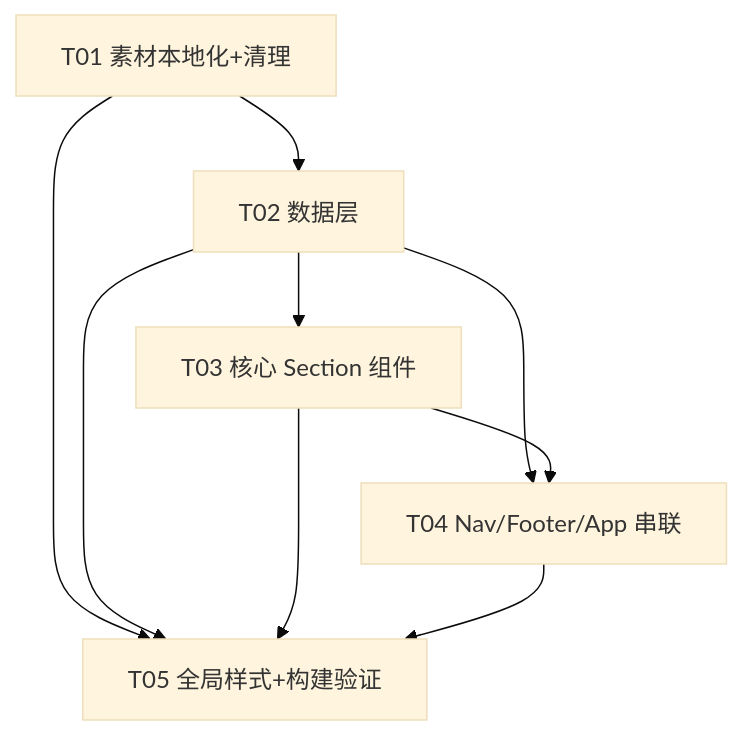
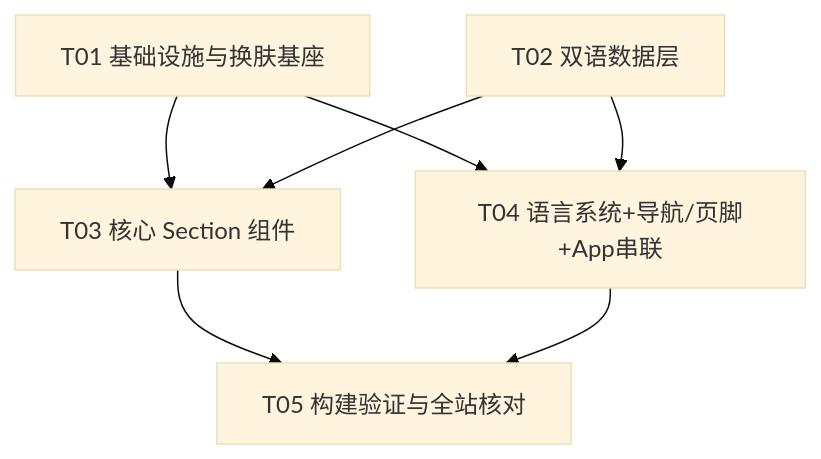
One commit to showfor/blog changed the third of 3 diagrams in docs/system_design.md. Above: the diagram before and after it, drawn with Mermaid (base theme). The commit also changed other lines of this file and 30 other files, not shown here.

````diff
--- a/docs/system_design.md
+++ b/docs/system_design.md
@@ -376,11 +405,15 @@
 ```mermaid
 graph TD
-    T01["T01 素材本地化+清理"] --> T02["T02 数据层"]
-    T02 --> T03["T03 核心 Section 组件"]
-    T02 --> T04["T04 Nav/Footer/App 串联"]
-    T03 --> T04
-    T01 --> T05["T05 全局样式+构建验证"]
-    T02 --> T05
+    T01[T01 基础设施与换肤基座]
+    T02[T02 双语数据层]
+    T03[T03 核心 Section 组件]
+    T04[T04 语言系统+导航/页脚+App串联]
+    T05[T05 构建验证与全站核对]
+
+    T01 --> T03
+    T02 --> T03
+    T01 --> T04
+    T02 --> T04
     T03 --> T05
     T04 --> T05
 ```
````
